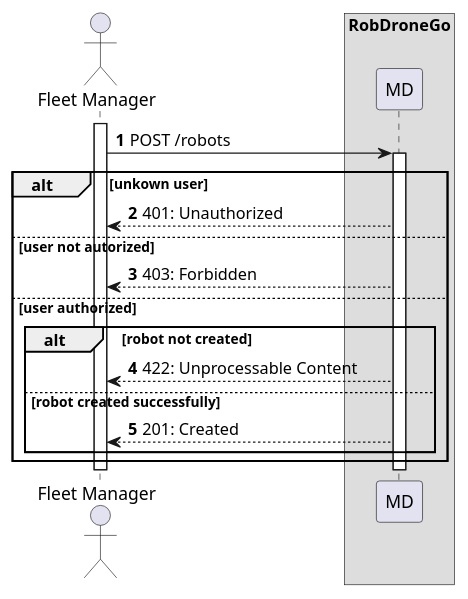
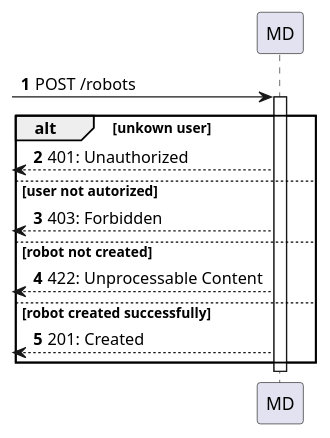
Before and after one commit to Departamento-de-Engenharia-Informatica/lapr5-23-24-g19: the diagram in docs/us360/level2/process-view.puml, drawn with PlantUML. The commit also changed 5 other files, not shown here.

```diff
--- a/docs/us360/level2/process-view.puml
+++ b/docs/us360/level2/process-view.puml
@@ -1,27 +1,20 @@
 @startuml
 autonumber
 
-actor "Fleet Manager" as actor
-box "RobDroneGo"
 participant "MD" as mdr
 
-activate actor
-    actor -> mdr: POST /robots
+[-> mdr: POST /robots
 
-    activate mdr
+activate mdr
     alt unkown user
-        mdr --> actor : 401: Unauthorized
+        [<-- mdr : 401: Unauthorized
     else user not autorized
-        mdr --> actor : 403: Forbidden
-    else user authorized
-        alt robot not created
-            mdr --> actor : 422: Unprocessable Content
-        else robot created successfully
-            mdr --> actor : 201: Created
-        end
+        [<-- mdr : 403: Forbidden
+    else robot not created
+        [<-- mdr : 422: Unprocessable Content
+    else robot created successfully
+        [<-- mdr : 201: Created
     end
-    deactivate mdr
-
-deactivate actor
+deactivate mdr
 
 @enduml
```
